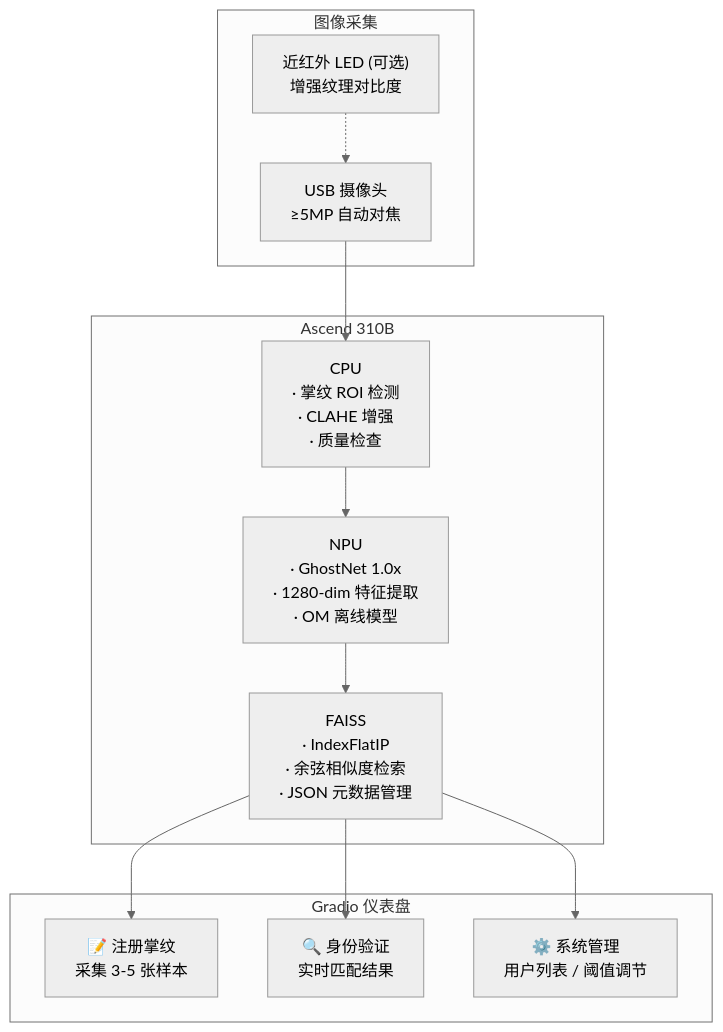
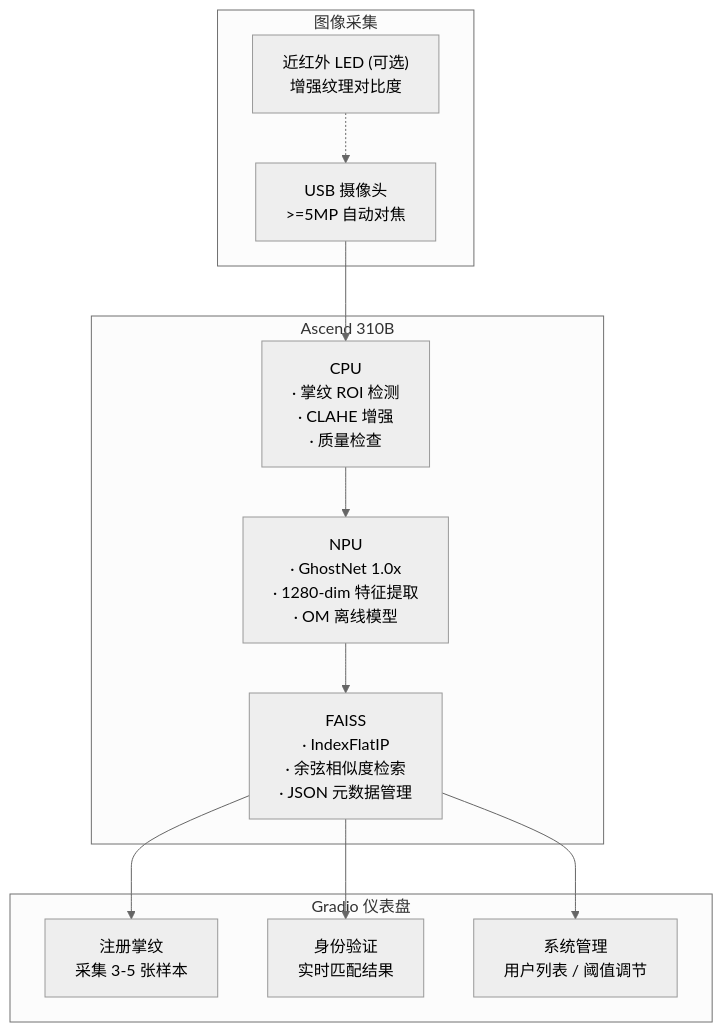
One commit to zhouxzh/Ascend310 changed the first of 7 diagrams in src/experiment/case4.md. Above: the diagram before and after it, drawn with Mermaid (neutral theme). The commit also changed other lines of this file and 51 other files, not shown here.

````diff
--- a/src/experiment/case4.md
+++ b/src/experiment/case4.md
@@ -49,27 +49,27 @@
 ```mermaid
 flowchart TB
     subgraph INPUT["图像采集"]
-        CAM["USB 摄像头\n≥5MP 自动对焦"]
+        CAM["USB 摄像头\n>=5MP 自动对焦"]
         LED["近红外 LED (可选)\n增强纹理对比度"]
     end
 
     subgraph ASCEND["Ascend 310B"]
         CPU_A["CPU\n· 掌纹 ROI 检测\n· CLAHE 增强\n· 质量检查"]
         NPU_A["NPU\n· GhostNet 1.0x\n· 1280-dim 特征提取\n· OM 离线模型"]
         FAISS_A["FAISS\n· IndexFlatIP\n· 余弦相似度检索\n· JSON 元数据管理"]
     end
 
     subgraph UI["Gradio 仪表盘"]
-        ENROLL["📝 注册掌纹\n采集 3-5 张样本"]
-        VERIFY["🔍 身份验证\n实时匹配结果"]
-        ADMIN["⚙️ 系统管理\n用户列表 / 阈值调节"]
+        ENROLL[" 注册掌纹\n采集 3-5 张样本"]
+        VERIFY[" 身份验证\n实时匹配结果"]
+        ADMIN[" 系统管理\n用户列表 / 阈值调节"]
     end
 
     CAM --> CPU_A
     LED -.-> CAM
     CPU_A --> NPU_A
     NPU_A --> FAISS_A
     FAISS_A --> ENROLL
     FAISS_A --> VERIFY
     FAISS_A --> ADMIN
 ```
````
